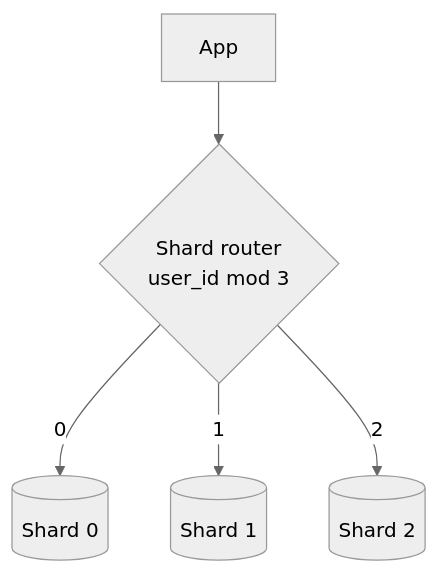
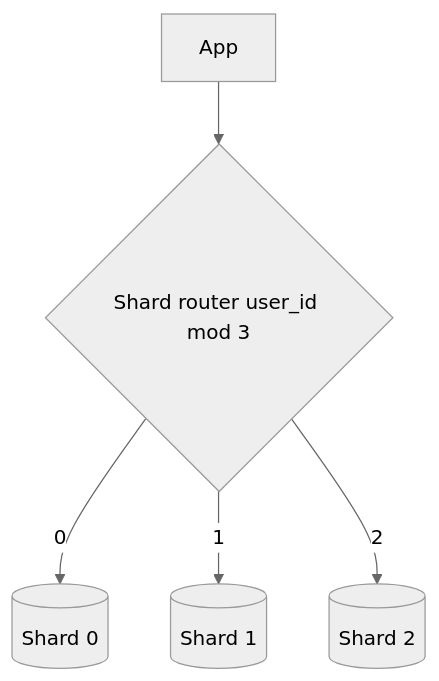
Before and after one commit to sharifndlovu123/knowledge_base_map: the second of 4 diagrams in Collection/03. Programming/14. System Design/3. Data and Consistency.md, drawn with Mermaid (neutral theme). The commit also changed 9 other files, not shown here.

First line of the commit message:
Add diagram viewer; fix line breaks in new diagrams

````diff
--- a/Collection/03. Programming/14. System Design/3. Data and Consistency.md
+++ b/Collection/03. Programming/14. System Design/3. Data and Consistency.md
@@ -23,7 +23,7 @@
 ```mermaid
 flowchart TD
-    APP[App] --> R{Shard router<br/>user_id mod 3}
+    APP[App] --> R{Shard router user_id mod 3}
     R -- 0 --> S0[(Shard 0)]
     R -- 1 --> S1[(Shard 1)]
     R -- 2 --> S2[(Shard 2)]
 ```
````
